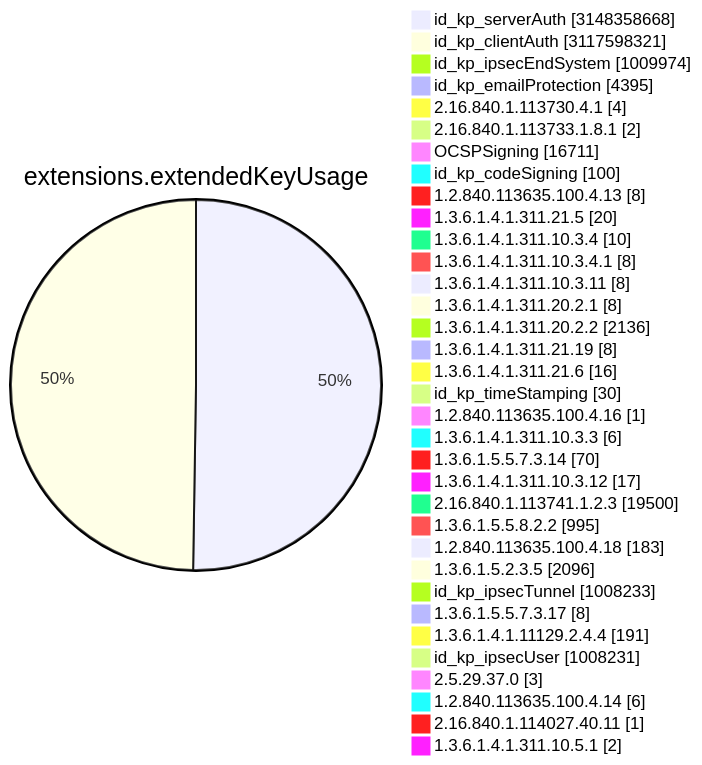
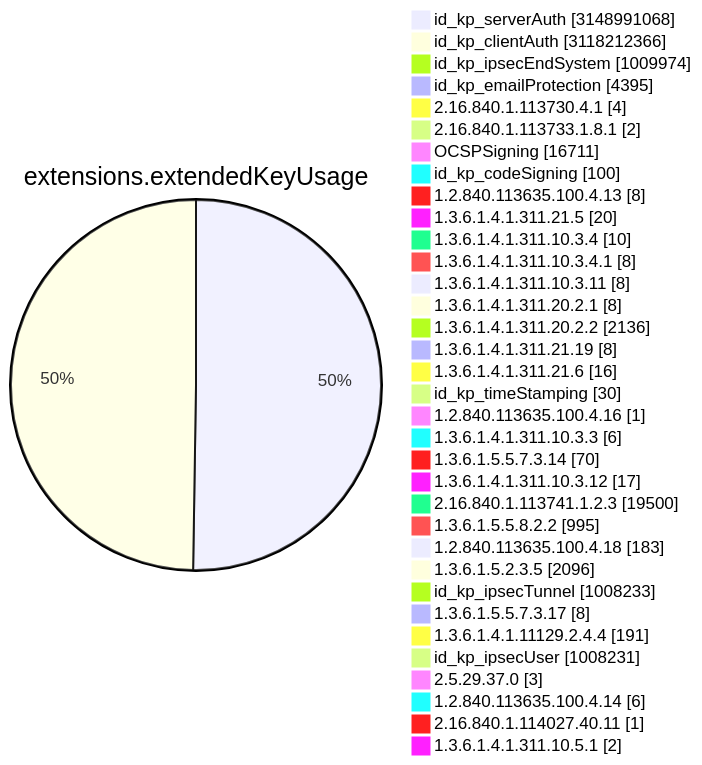
One commit to christiankrug/ctmonitor_visualization changed diagram 11 of 15 in TOTAL/README.md. Above: the diagram before and after it, drawn with Mermaid. The commit also changed other lines of this file, not shown here.

````diff
--- a/TOTAL/README.md
+++ b/TOTAL/README.md
@@ -4119,38 +4119,38 @@
 ```mermaid
 pie showData
 title extensions.extendedKeyUsage
-"id_kp_serverAuth" :3148358668
-"id_kp_clientAuth" :3117598321
+"id_kp_serverAuth" :3148991068
+"id_kp_clientAuth" :3118212366
 "id_kp_ipsecEndSystem" :1009974
 "id_kp_emailProtection" :4395
 "2.16.840.1.113730.4.1" :4
 "2.16.840.1.113733.1.8.1" :2
 "OCSPSigning" :16711
 "id_kp_codeSigning" :100
 "1.2.840.113635.100.4.13" :8
 "1.3.6.1.4.1.311.21.5" :20
 "1.3.6.1.4.1.311.10.3.4" :10
 "1.3.6.1.4.1.311.10.3.4.1" :8
 "1.3.6.1.4.1.311.10.3.11" :8
 "1.3.6.1.4.1.311.20.2.1" :8
 "1.3.6.1.4.1.311.20.2.2" :2136
 "1.3.6.1.4.1.311.21.19" :8
 "1.3.6.1.4.1.311.21.6" :16
 "id_kp_timeStamping" :30
 "1.2.840.113635.100.4.16" :1
 "1.3.6.1.4.1.311.10.3.3" :6
 "1.3.6.1.5.5.7.3.14" :70
 "1.3.6.1.4.1.311.10.3.12" :17
 "2.16.840.1.113741.1.2.3" :19500
 "1.3.6.1.5.5.8.2.2" :995
 "1.2.840.113635.100.4.18" :183
 "1.3.6.1.5.2.3.5" :2096
 "id_kp_ipsecTunnel" :1008233
 "1.3.6.1.5.5.7.3.17" :8
 "1.3.6.1.4.1.11129.2.4.4" :191
 "id_kp_ipsecUser" :1008231
 "2.5.29.37.0" :3
 "1.2.840.113635.100.4.14" :6
 "2.16.840.1.114027.40.11" :1
 "1.3.6.1.4.1.311.10.5.1" :2
 ```
````
